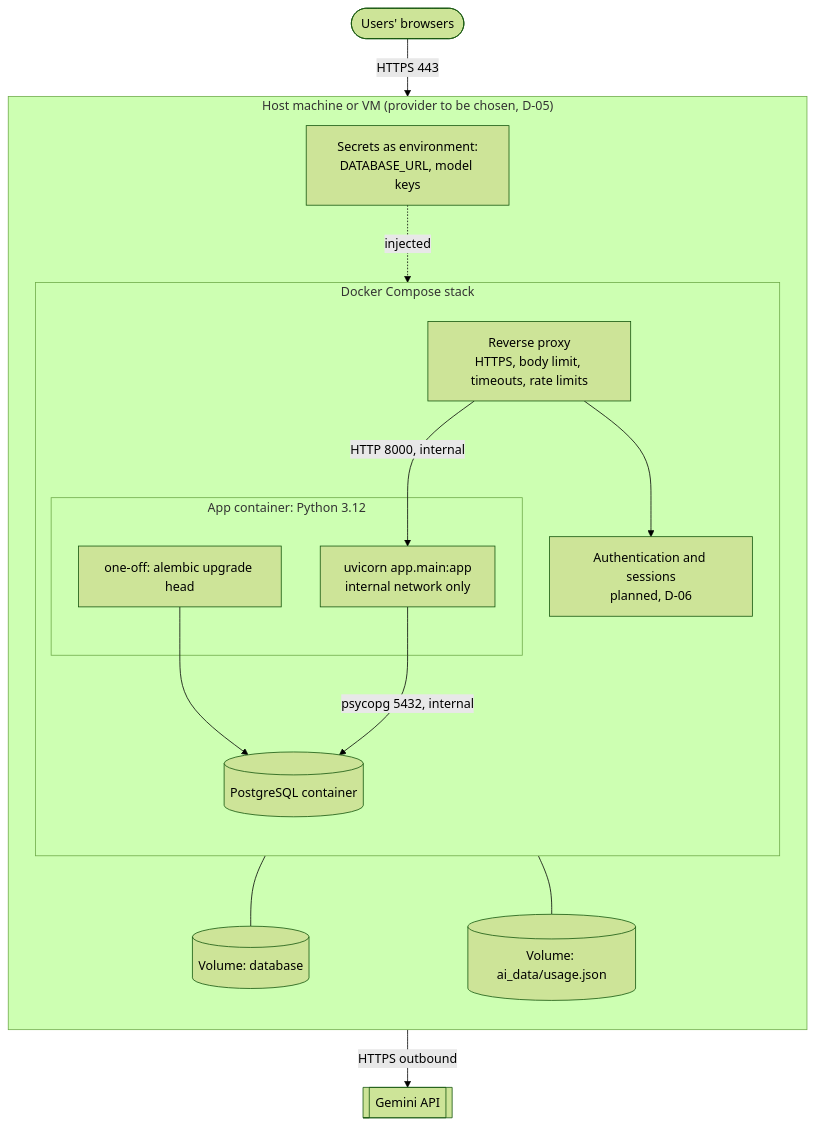
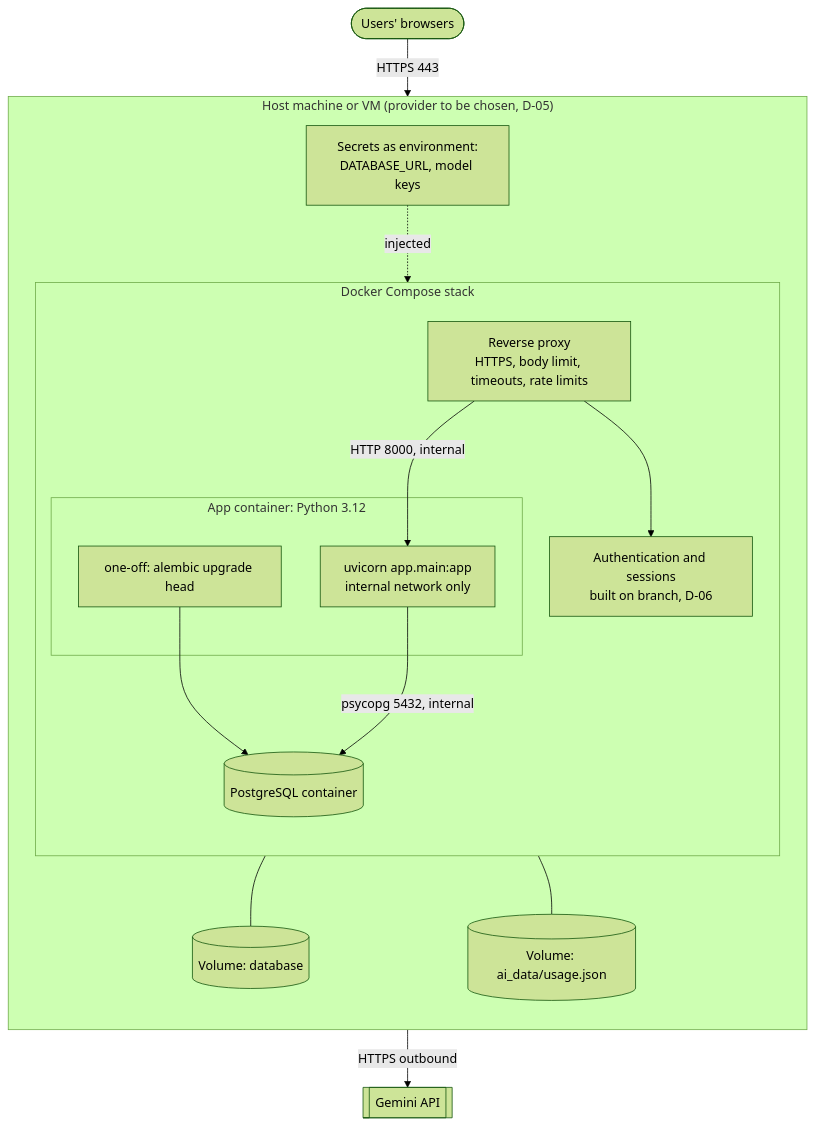
One commit to bhsei/26B changed diagram 21 of 27 in docs/design/SAD_v0.4.md. Above: the diagram before and after it, drawn with Mermaid (forest theme). The commit also changed other lines of this file, not shown here.

Commit message:
W11 - SAD v0.4; authentication of refactor-backend shown dashed after team review (Figures 2, 8, 14, 15, 17, Table 11, D-06), ERD with users, auth_sessions and user_id of migration 0002

````diff
--- a/docs/design/SAD_v0.4.md
+++ b/docs/design/SAD_v0.4.md
@@ -1274,30 +1316,30 @@
 ```mermaid
 flowchart TB
     USERS([Users' browsers])
     subgraph HOST["Host machine or VM (provider to be chosen, D-05)"]
         direction TB
         subgraph COMPOSE["Docker Compose stack"]
             direction TB
             PROXY["Reverse proxy<br/>HTTPS, body limit, timeouts, rate limits"]
-            AUTH["Authentication and sessions<br/>planned, D-06"]
+            AUTH["Authentication and sessions<br/>built on branch, D-06"]
             subgraph APPC["App container: Python 3.12"]
                 MIGR["one-off: alembic upgrade head"]
                 API["uvicorn app.main:app<br/>internal network only"]
             end
             PG[("PostgreSQL container")]
         end
         VOLDB[("Volume: database")]
         VOLAI[("Volume: ai_data/usage.json")]
         SECRETS["Secrets as environment:<br/>DATABASE_URL, model keys"]
     end
     GEM[["Gemini API"]]
     USERS -- "HTTPS 443" --> PROXY
     PROXY --> AUTH
     PROXY -- "HTTP 8000, internal" --> API
     MIGR --> PG
     API -- "psycopg 5432, internal" --> PG
     PG --- VOLDB
     API --- VOLAI
     SECRETS -. "injected" .-> API
     API -- "HTTPS outbound" --> GEM
 ```
````
